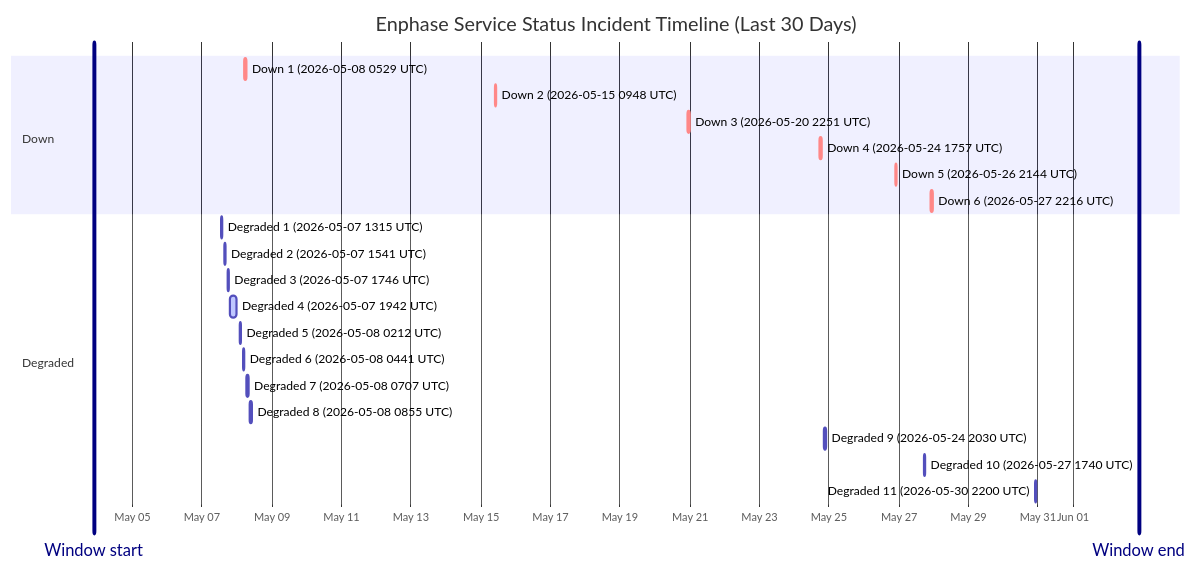
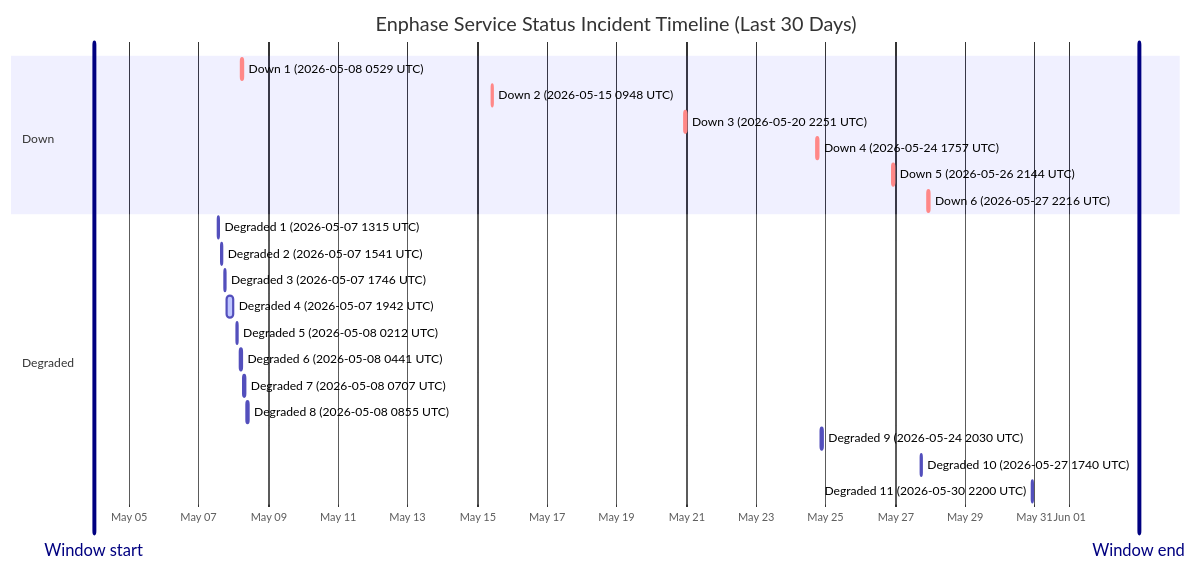
One commit to barneyonline/ha-enphase-energy changed the diagram in wiki/Service-Status-History.md. Above: the diagram before and after it, drawn with Mermaid. The commit also changed other lines of this file and 3 other files, not shown here.

````diff
--- a/wiki/Service-Status-History.md
+++ b/wiki/Service-Status-History.md
@@ -14,27 +14,27 @@
 ```mermaid
 gantt
     title Enphase Service Status Incident Timeline (Last 30 Days)
     dateFormat  YYYY-MM-DDTHH:mm:ss
     axisFormat  %b %d
-    Window start :vert, window-start, 2026-05-03T21:30:52, 0ms
-    Window end :vert, window-end, 2026-06-02T21:30:52, 0ms
+    Window start :vert, window-start, 2026-05-03T23:44:09, 0ms
+    Window end :vert, window-end, 2026-06-02T23:44:09, 0ms
     section Down
     Down 1 (2026-05-08 0529 UTC) :crit, down-1, 2026-05-08T05:29:47, 60m
     Down 2 (2026-05-15 0948 UTC) :crit, down-2, 2026-05-15T09:48:18, 60m
     Down 3 (2026-05-20 2251 UTC) :crit, down-3, 2026-05-20T22:51:14, 75m
     Down 4 (2026-05-24 1757 UTC) :crit, down-4, 2026-05-24T17:57:41, 86m
     Down 5 (2026-05-26 2144 UTC) :crit, down-5, 2026-05-26T21:44:11, 85m
     Down 6 (2026-05-27 2216 UTC) :crit, down-6, 2026-05-27T22:16:53, 87m
     section Degraded
     Degraded 1 (2026-05-07 1315 UTC) :active, degraded-1, 2026-05-07T13:15:25, 60m
     Degraded 2 (2026-05-07 1541 UTC) :active, degraded-2, 2026-05-07T15:41:58, 60m
     Degraded 3 (2026-05-07 1746 UTC) :active, degraded-3, 2026-05-07T17:46:51, 60m
     Degraded 4 (2026-05-07 1942 UTC) :active, degraded-4, 2026-05-07T19:42:10, 249m
     Degraded 5 (2026-05-08 0212 UTC) :active, degraded-5, 2026-05-08T02:12:39, 60m
     Degraded 6 (2026-05-08 0441 UTC) :active, degraded-6, 2026-05-08T04:41:46, 60m
     Degraded 7 (2026-05-08 0707 UTC) :active, degraded-7, 2026-05-08T07:07:30, 60m
     Degraded 8 (2026-05-08 0855 UTC) :active, degraded-8, 2026-05-08T08:55:20, 88m
     Degraded 9 (2026-05-24 2030 UTC) :active, degraded-9, 2026-05-24T20:30:57, 84m
     Degraded 10 (2026-05-27 1740 UTC) :active, degraded-10, 2026-05-27T17:40:52, 60m
     Degraded 11 (2026-05-30 2200 UTC) :active, degraded-11, 2026-05-30T22:00:37, 60m
 ```
````
